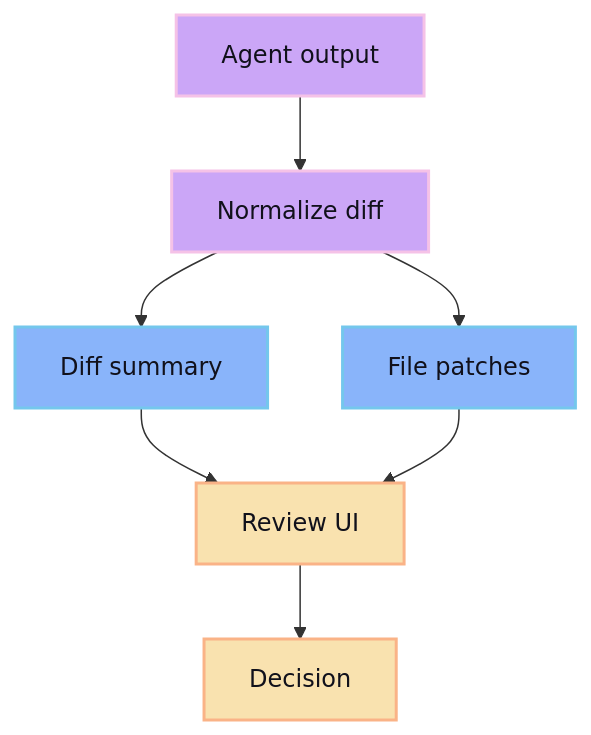
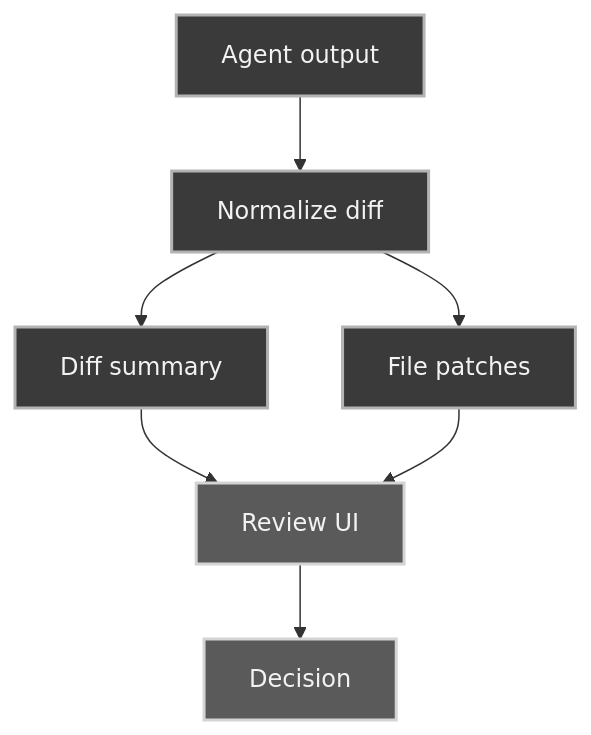
One commit to cloudboy-jh/glib-code-docs changed the diagram in src/content/docs/api/diff.md. Above: the diagram before and after it, drawn with Mermaid. The commit also changed 15 other files, not shown here.

````diff
--- a/src/content/docs/api/diff.md
+++ b/src/content/docs/api/diff.md
@@ -24,17 +24,17 @@
 ```mermaid
 flowchart TD
   Output["Agent output"] --> Normalize["Normalize diff"]
   Normalize --> Summary["Diff summary"]
   Normalize --> Files["File patches"]
   Summary --> Review["Review UI"]
   Files --> Review
   Review --> Decision["Decision"]
 
-  classDef generated fill:#cba6f7,stroke:#f5c2e7,color:#11111b,stroke-width:2px
-  classDef diff fill:#89b4fa,stroke:#74c7ec,color:#11111b,stroke-width:2px
-  classDef review fill:#f9e2af,stroke:#fab387,color:#11111b,stroke-width:2px
+  classDef generated fill:#3a3a3a,stroke:#b3b3b3,color:#f2f2f2,stroke-width:2px
+  classDef diff fill:#3a3a3a,stroke:#b3b3b3,color:#f2f2f2,stroke-width:2px
+  classDef review fill:#5a5a5a,stroke:#d4d4d4,color:#f2f2f2,stroke-width:2px
 
   class Output,Normalize generated
   class Summary,Files diff
   class Review,Decision review
 ```
````
